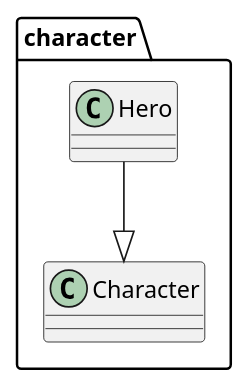
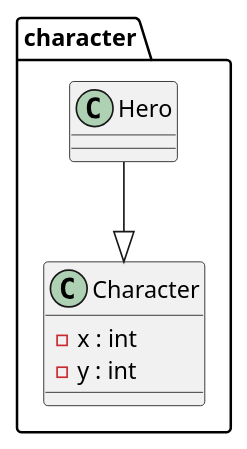
One commit to Reynault/ACL_2019_Zelpop changed the diagram in doc/first_sprint/diagrams/class/character.puml. Above: the diagram before and after it, drawn with PlantUML. The commit also changed 3 other files, not shown here.

```diff
--- a/doc/first_sprint/diagrams/class/character.puml
+++ b/doc/first_sprint/diagrams/class/character.puml
@@ -1,17 +1,18 @@
 @startuml
 
 package character{
 
     class Character{
-
+        - x : int
+        - y : int
     }
 
     class Hero{
 
     }
 
 }
 
 Hero --|> Character
 
 @enduml
```
